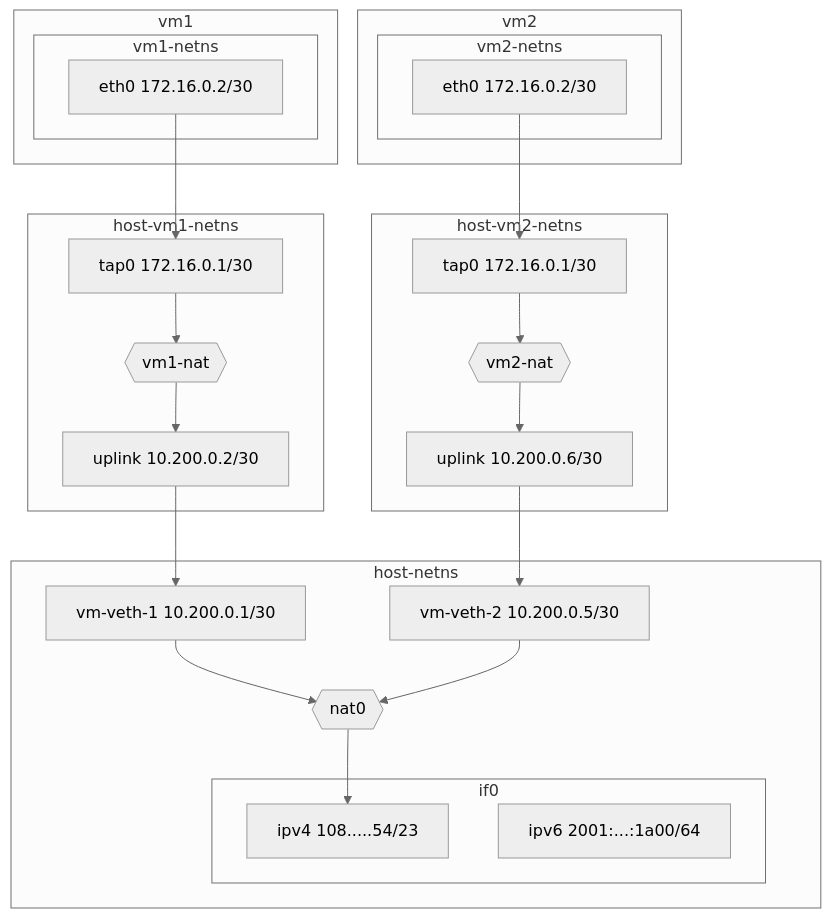
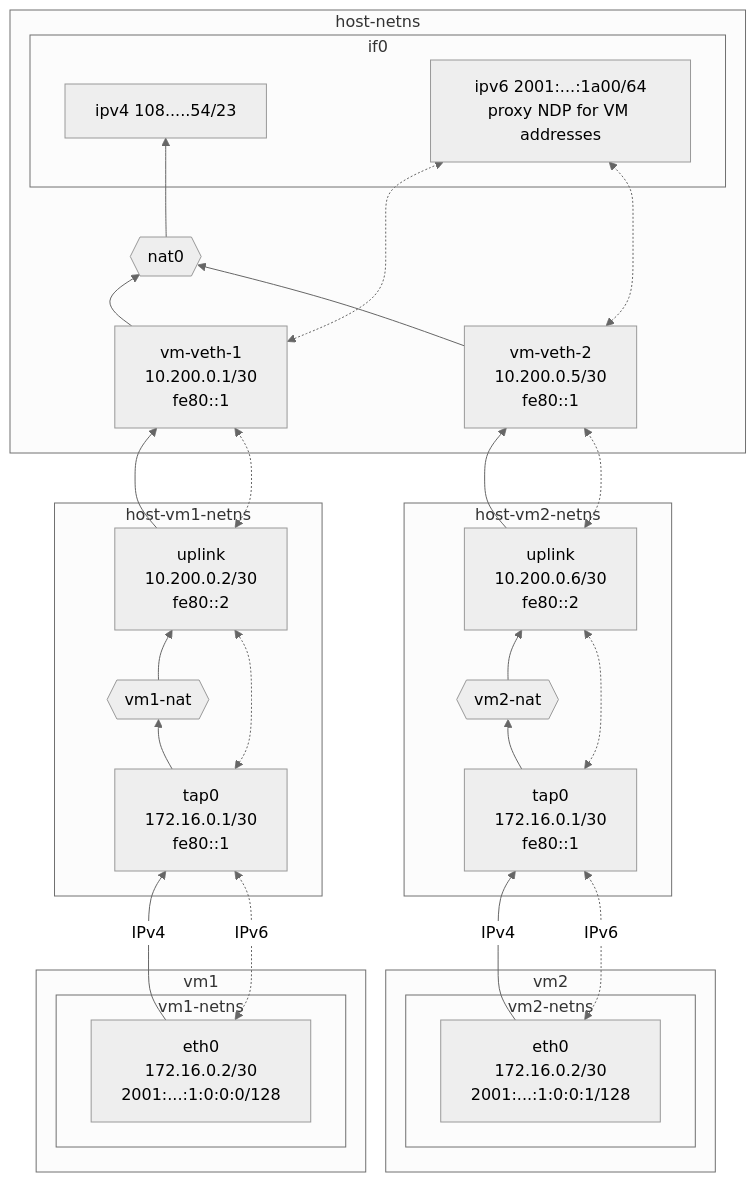
The first of 3 diagrams in docs/cookbook/networking.md (harmont-dev/hyper), drawn with Mermaid (neutral theme) before and after one commit. The commit also changed other lines of this file, not shown here.

Commit message:
docs: write ipv6 section

````diff
--- a/docs/cookbook/networking.md
+++ b/docs/cookbook/networking.md
@@ -14,42 +14,45 @@
 ```mermaid
-flowchart TD
+flowchart BT
     subgraph host-netns
         subgraph if0
             ipv4["ipv4 108.....54/23"]
-            ipv6["ipv6 2001:...:1a00/64"]
+            ipv6["ipv6 2001:...:1a00/64<br>proxy NDP for VM addresses"]
         end
 
         nat0{{"nat0"}}
 
-        veth1["vm-veth-1 10.200.0.1/30"]
-        veth2["vm-veth-2 10.200.0.5/30"]
+        veth1["vm-veth-1<br>10.200.0.1/30<br>fe80::1"]
+        veth2["vm-veth-2<br>10.200.0.5/30<br>fe80::1"]
     end
 
     subgraph host-vm1-netns
-        uplink1["uplink 10.200.0.2/30"]
+        uplink1["uplink<br>10.200.0.2/30<br>fe80::2"]
         nat1{{"vm1-nat"}}
-        tap1["tap0 172.16.0.1/30"]
+        tap1["tap0<br>172.16.0.1/30<br>fe80::1"]
     end
 
     subgraph host-vm2-netns
-        uplink2["uplink 10.200.0.6/30"]
+        uplink2["uplink<br>10.200.0.6/30<br>fe80::2"]
         nat2{{"vm2-nat"}}
-        tap2["tap0 172.16.0.1/30"]
+        tap2["tap0<br>172.16.0.1/30<br>fe80::1"]
     end
 
     subgraph vm1
         subgraph vm1-netns
-            eth1["eth0 172.16.0.2/30"]
+            eth1["eth0<br>172.16.0.2/30<br>2001:...:1:0:0:0/128"]
         end
     end
 
     subgraph vm2
         subgraph vm2-netns
-            eth2["eth0 172.16.0.2/30"]
+            eth2["eth0<br>172.16.0.2/30<br>2001:...:1:0:0:1/128"]
         end
     end
 
-    eth1 --> tap1 --> nat1 --> uplink1 --> veth1 --> nat0
-    eth2 --> tap2 --> nat2 --> uplink2 --> veth2 --> nat0
+    eth1 -->|IPv4| tap1 --> nat1 --> uplink1 --> veth1 --> nat0
+    eth2 -->|IPv4| tap2 --> nat2 --> uplink2 --> veth2 --> nat0
     nat0 --> ipv4
+
+    eth1 <-.->|IPv6| tap1 <-.-> uplink1 <-.-> veth1 <-.-> ipv6
+    eth2 <-.->|IPv6| tap2 <-.-> uplink2 <-.-> veth2 <-.-> ipv6
 ```
````
